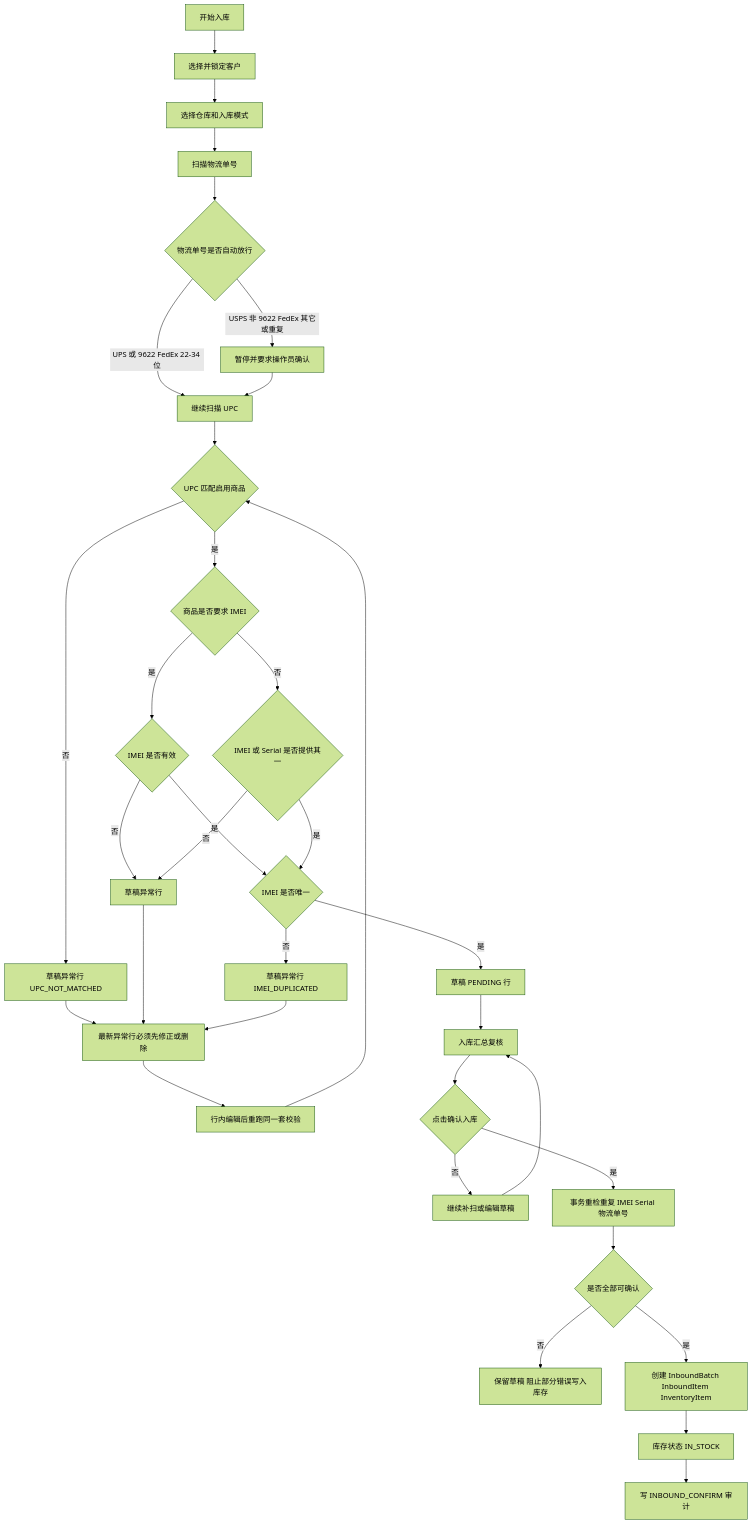
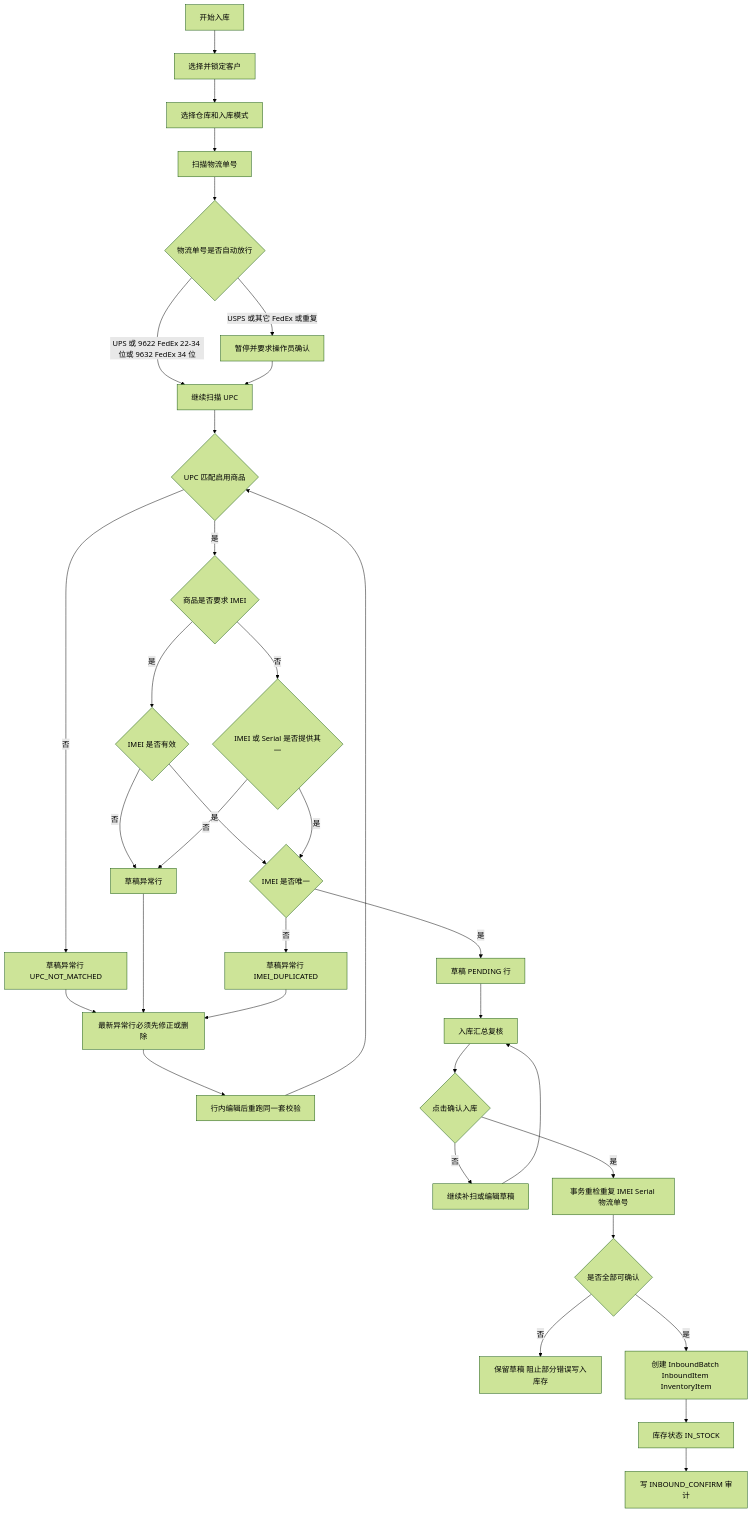
Before and after one commit to lile011022-web/wms-apple: the second of 5 diagrams in docs/product/12-business-logic-map.md, drawn with Mermaid (forest theme). The commit also changed 36 other files, not shown here.

````diff
--- a/docs/product/12-business-logic-map.md
+++ b/docs/product/12-business-logic-map.md
@@ -72,41 +72,41 @@
 ```mermaid
 flowchart TD
   A[开始入库] --> B[选择并锁定客户]
   B --> C[选择仓库和入库模式]
   C --> D[扫描物流单号]
   D --> D1{物流单号是否自动放行}
-  D1 -- UPS 或 9622 FedEx 22-34 位 --> E[继续扫描 UPC]
-  D1 -- USPS 非 9622 FedEx 其它或重复 --> D2[暂停并要求操作员确认]
+  D1 -- UPS 或 9622 FedEx 22-34 位或 9632 FedEx 34 位 --> E[继续扫描 UPC]
+  D1 -- USPS 或其它 FedEx 或重复 --> D2[暂停并要求操作员确认]
   D2 --> E
 
   E --> F{UPC 匹配启用商品}
   F -- 否 --> X1[草稿异常行 UPC_NOT_MATCHED]
   F -- 是 --> G{商品是否要求 IMEI}
 
   G -- 是 --> H{IMEI 是否有效}
   G -- 否 --> I{IMEI 或 Serial 是否提供其一}
   H -- 否 --> X2[草稿异常行]
   H -- 是 --> J{IMEI 是否唯一}
   I -- 否 --> X2
   I -- 是 --> J
 
   J -- 否 --> X3[草稿异常行 IMEI_DUPLICATED]
   J -- 是 --> K[草稿 PENDING 行]
 
   X1 --> L[最新异常行必须先修正或删除]
   X2 --> L
   X3 --> L
   L --> M[行内编辑后重跑同一套校验]
   M --> F
 
   K --> N[入库汇总复核]
   N --> O{点击确认入库}
   O -- 否 --> P[继续补扫或编辑草稿]
   P --> N
   O -- 是 --> Q[事务重检重复 IMEI Serial 物流单号]
   Q --> R{是否全部可确认}
   R -- 否 --> S[保留草稿 阻止部分错误写入库存]
   R -- 是 --> T[创建 InboundBatch InboundItem InventoryItem]
   T --> U[库存状态 IN_STOCK]
   U --> V[写 INBOUND_CONFIRM 审计]
 ```
````
